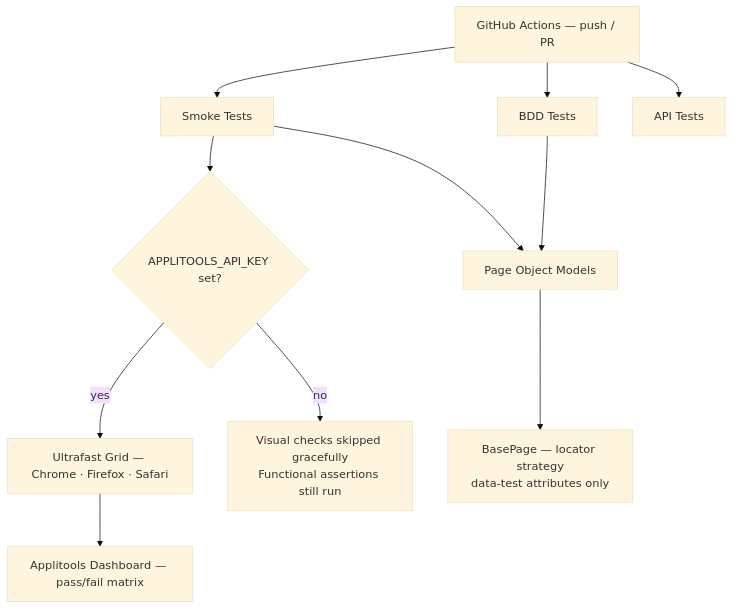
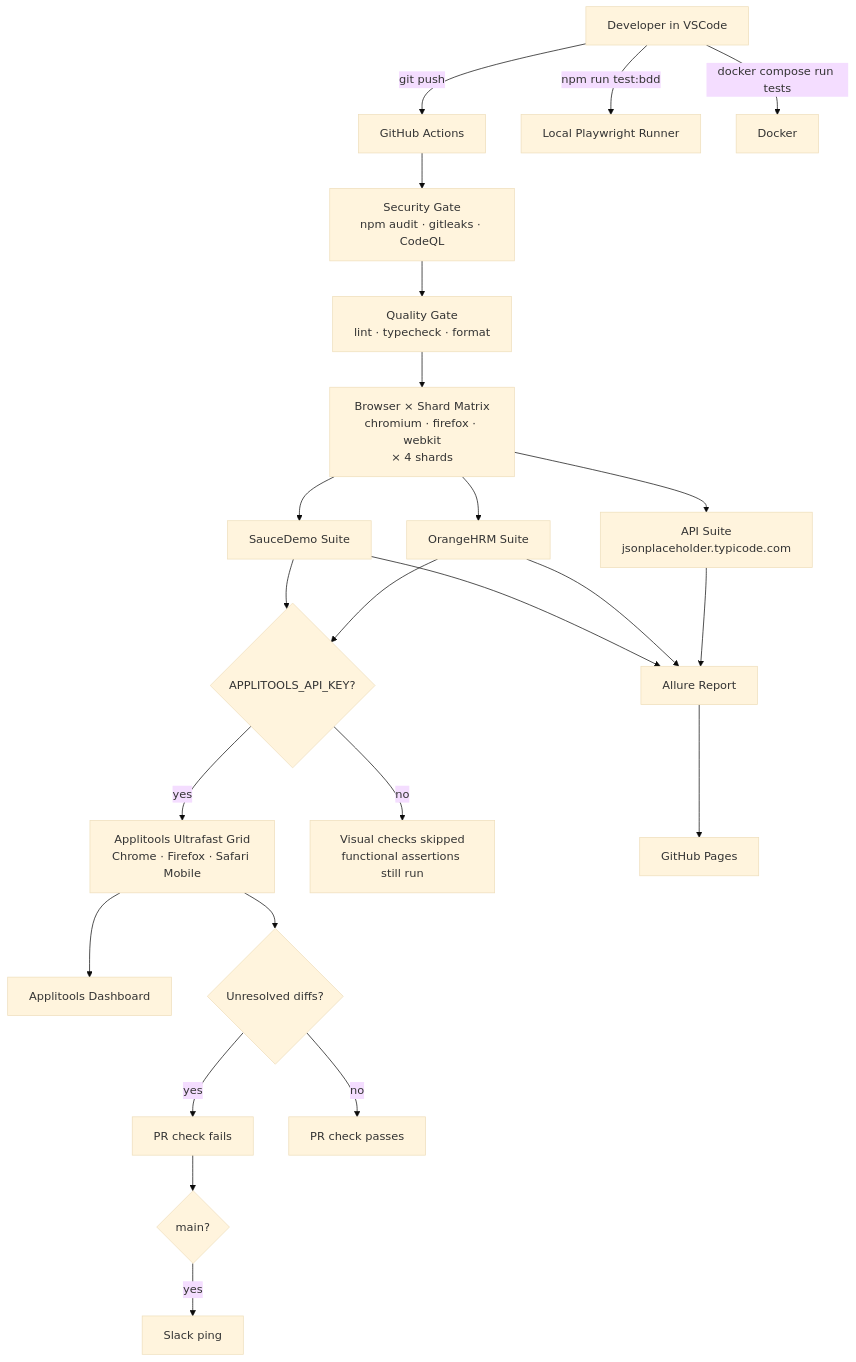
The first of 2 diagrams in README.md (rashmieravichandran06121989/qa-ai-automation-framework), drawn with Mermaid (base theme) before and after one commit. The commit also changed other lines of this file and 101 other files, not shown here.

First line of the commit message:
Phase 1 deliverable: SauceDemo + OrangeHRM + hardened CI

````diff
--- a/README.md
+++ b/README.md
@@ -25,15 +31,32 @@
 ```mermaid
 flowchart TD
-    CI[GitHub Actions — push / PR] --> smoke[Smoke Tests]
-    CI --> bdd[BDD Tests]
-    CI --> api[API Tests]
+    Dev[Developer in VSCode] -->|git push| GH[GitHub Actions]
+    Dev -->|npm run test:bdd| Local[Local Playwright Runner]
+    Dev -->|docker compose run tests| Docker[Docker]
 
-    smoke --> check{APPLITOOLS_API_KEY set?}
-    check -->|yes| grid[Ultrafast Grid — Chrome · Firefox · Safari]
-    check -->|no| skip[Visual checks skipped gracefully\nFunctional assertions still run]
-    grid --> dashboard[Applitools Dashboard — pass/fail matrix]
+    GH --> Security[Security Gate<br/>npm audit · gitleaks · CodeQL]
+    Security --> Quality[Quality Gate<br/>lint · typecheck · format]
+    Quality --> Matrix[Browser × Shard Matrix<br/>chromium · firefox · webkit<br/>× 4 shards]
 
-    smoke --> pom[Page Object Models]
-    bdd --> pom
-    pom --> base[BasePage — locator strategy\ndata-test attributes only]
+    Matrix --> Sauce[SauceDemo Suite]
+    Matrix --> Orange[OrangeHRM Suite]
+    Matrix --> API[API Suite<br/>jsonplaceholder.typicode.com]
+
+    Sauce --> Eyes{APPLITOOLS_API_KEY?}
+    Orange --> Eyes
+    Eyes -->|yes| Grid[Applitools Ultrafast Grid<br/>Chrome · Firefox · Safari Mobile]
+    Eyes -->|no| Skip[Visual checks skipped<br/>functional assertions still run]
+
+    Sauce --> Allure[Allure Report]
+    Orange --> Allure
+    API --> Allure
+    Allure --> Pages[GitHub Pages]
+
+    Grid --> Dashboard[Applitools Dashboard]
+    Grid --> Gate{Unresolved diffs?}
+    Gate -->|yes| Fail[PR check fails]
+    Gate -->|no| Pass[PR check passes]
+
+    Fail --> Notify{main?}
+    Notify -->|yes| Slack[Slack ping]
 ```
````
